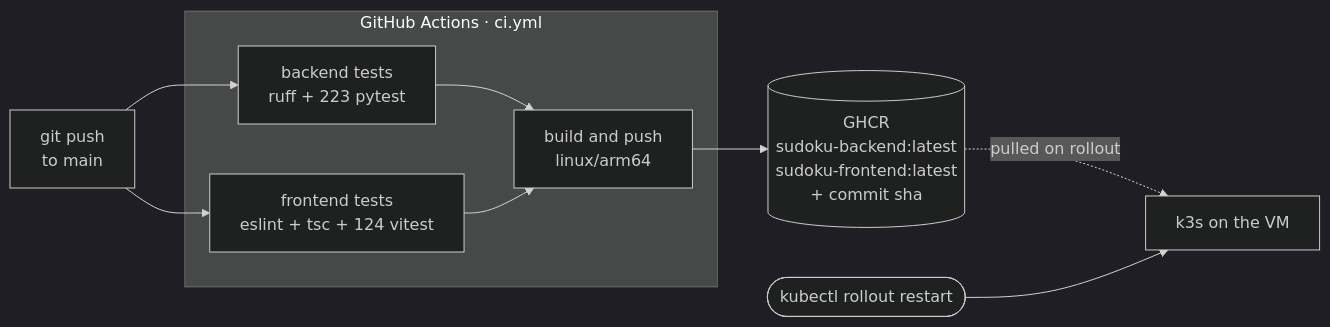
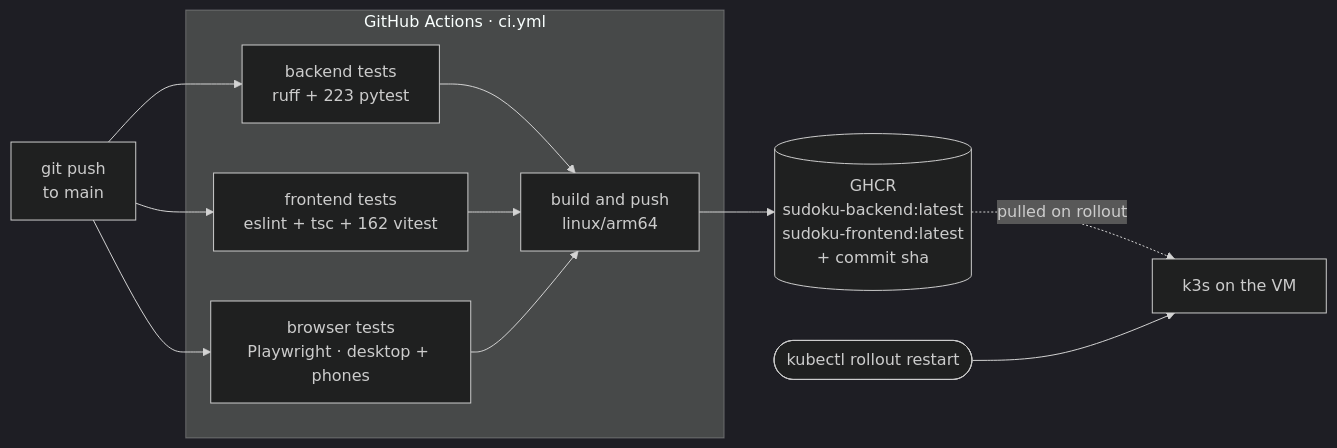
One commit to edwinargueta/Sudoku-Solver-Google-OR-tools changed the fourth of 4 diagrams in ARCHITECTURE.md. Above: the diagram before and after it, drawn with Mermaid (dark theme). The commit also changed other lines of this file and 23 other files, not shown here.

````diff
--- a/ARCHITECTURE.md
+++ b/ARCHITECTURE.md
@@ -184,21 +184,24 @@
 ```mermaid
 flowchart LR
     DEV["git push<br/>to main"]
 
     subgraph gha["GitHub Actions · ci.yml"]
         BT["backend tests<br/>ruff + 223 pytest"]
-        FT["frontend tests<br/>eslint + tsc + 124 vitest"]
+        FT["frontend tests<br/>eslint + tsc + 162 vitest"]
+        E2E["browser tests<br/>Playwright · desktop + phones"]
         BLD["build and push<br/>linux/arm64"]
         BT --> BLD
         FT --> BLD
+        E2E --> BLD
     end
 
     GHCR[("GHCR<br/>sudoku-backend:latest<br/>sudoku-frontend:latest<br/>+ commit sha")]
     K3S["k3s on the VM"]
 
     DEV --> BT
     DEV --> FT
+    DEV --> E2E
     BLD --> GHCR
     GHCR -. "pulled on rollout" .-> K3S
     OP(["kubectl rollout restart"]) --> K3S
 ```
````
